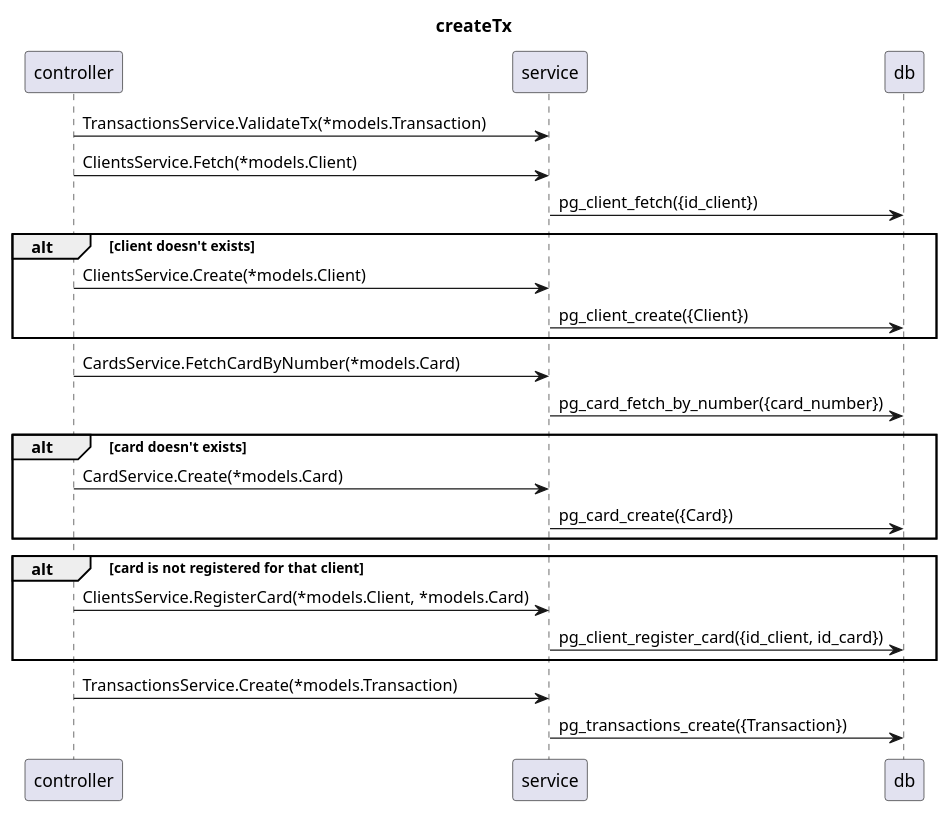
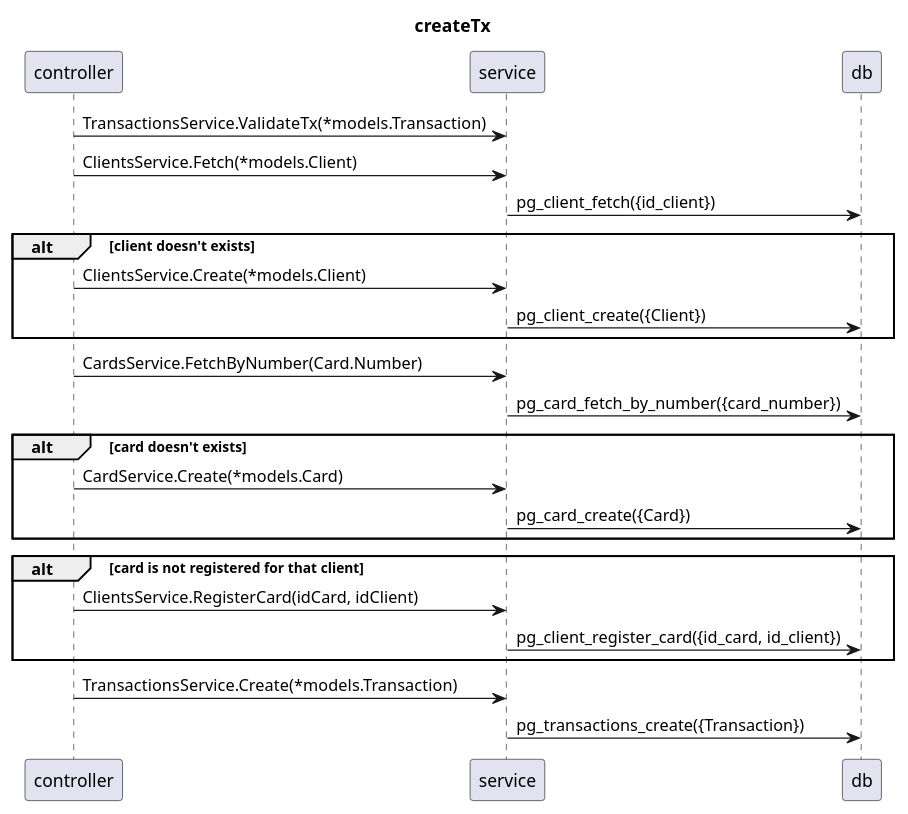
One commit to Farber98/vagas changed the diagram in internal/docs/sequenceDiagrams/createTx.puml. Above: the diagram before and after it, drawn with PlantUML. The commit also changed 8 other files, not shown here.

Commit message:
Added services that call stored procedures. Corrected diagrams.

```diff
--- a/internal/docs/sequenceDiagrams/createTx.puml
+++ b/internal/docs/sequenceDiagrams/createTx.puml
@@ -1,34 +1,34 @@
 @startuml
 title createTx
 skinparam responseMessageBelowArrow true
 controller -> service : TransactionsService.ValidateTx(*models.Transaction)
 controller -> service : ClientsService.Fetch(*models.Client)
 service -> db : pg_client_fetch({id_client})
 alt client doesn't exists
 
     controller -> service: ClientsService.Create(*models.Client)
     service -> db : pg_client_create({Client})
 
 end
 
-controller -> service : CardsService.FetchCardByNumber(*models.Card)
+controller -> service : CardsService.FetchByNumber(Card.Number)
 service -> db : pg_card_fetch_by_number({card_number})
 
 alt card doesn't exists
 
     controller -> service: CardService.Create(*models.Card)
     service -> db : pg_card_create({Card})
 
 end
 
 alt card is not registered for that client
 
-    controller -> service: ClientsService.RegisterCard(*models.Client, *models.Card)
-    service -> db : pg_client_register_card({id_client, id_card})
+    controller -> service: ClientsService.RegisterCard(idCard, idClient)
+    service -> db : pg_client_register_card({id_card, id_client})
 
 end
 
 controller -> service : TransactionsService.Create(*models.Transaction)
 service -> db : pg_transactions_create({Transaction})
 
 @enduml
```
